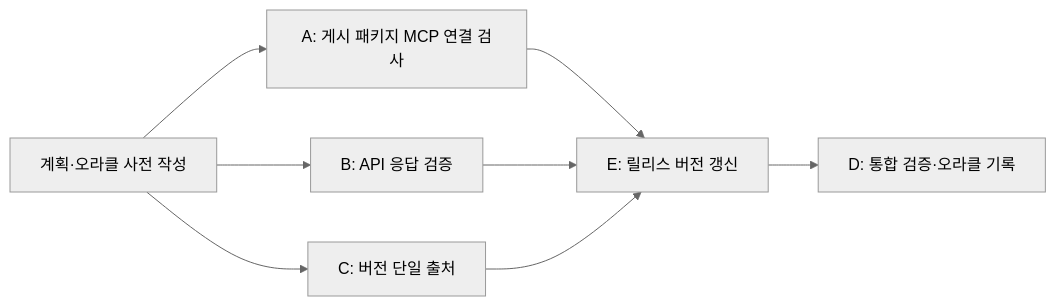
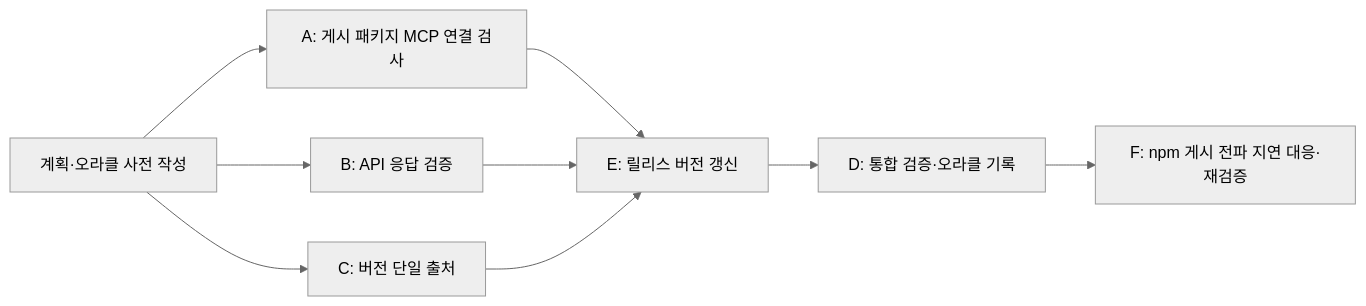
The diagram in docs/plans/2026-10-18-mcp-release-reliability.md (Team-Neki/Team-Neki-Sprint), drawn with Mermaid (neutral theme) before and after one commit. The commit also changed other lines of this file and 2 other files, not shown here.

Commit message:
fix(mcp): retry smoke test during npm propagation (#83)

````diff
--- a/docs/plans/2026-10-18-mcp-release-reliability.md
+++ b/docs/plans/2026-10-18-mcp-release-reliability.md
@@ -11,10 +11,11 @@
 ```mermaid
 flowchart LR
     P[계획·오라클 사전 작성] --> A[ A: 게시 패키지 MCP 연결 검사 ]
     P --> B[ B: API 응답 검증 ]
     P --> C[ C: 버전 단일 출처 ]
     A --> E[ E: 릴리스 버전 갱신 ]
     B --> E
     C --> E
     E --> D[ D: 통합 검증·오라클 기록 ]
+    D --> F[ F: npm 게시 전파 지연 대응·재검증 ]
 ```
````
